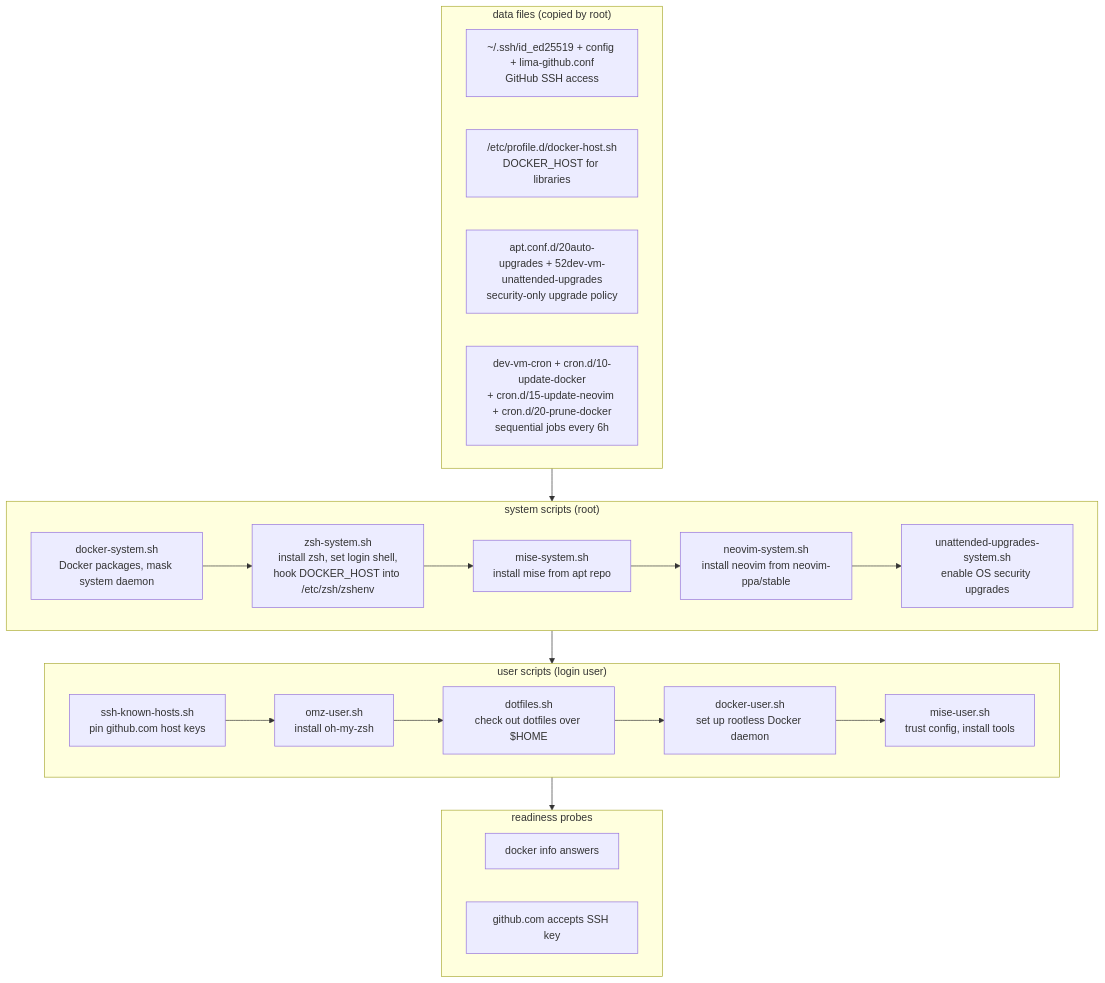
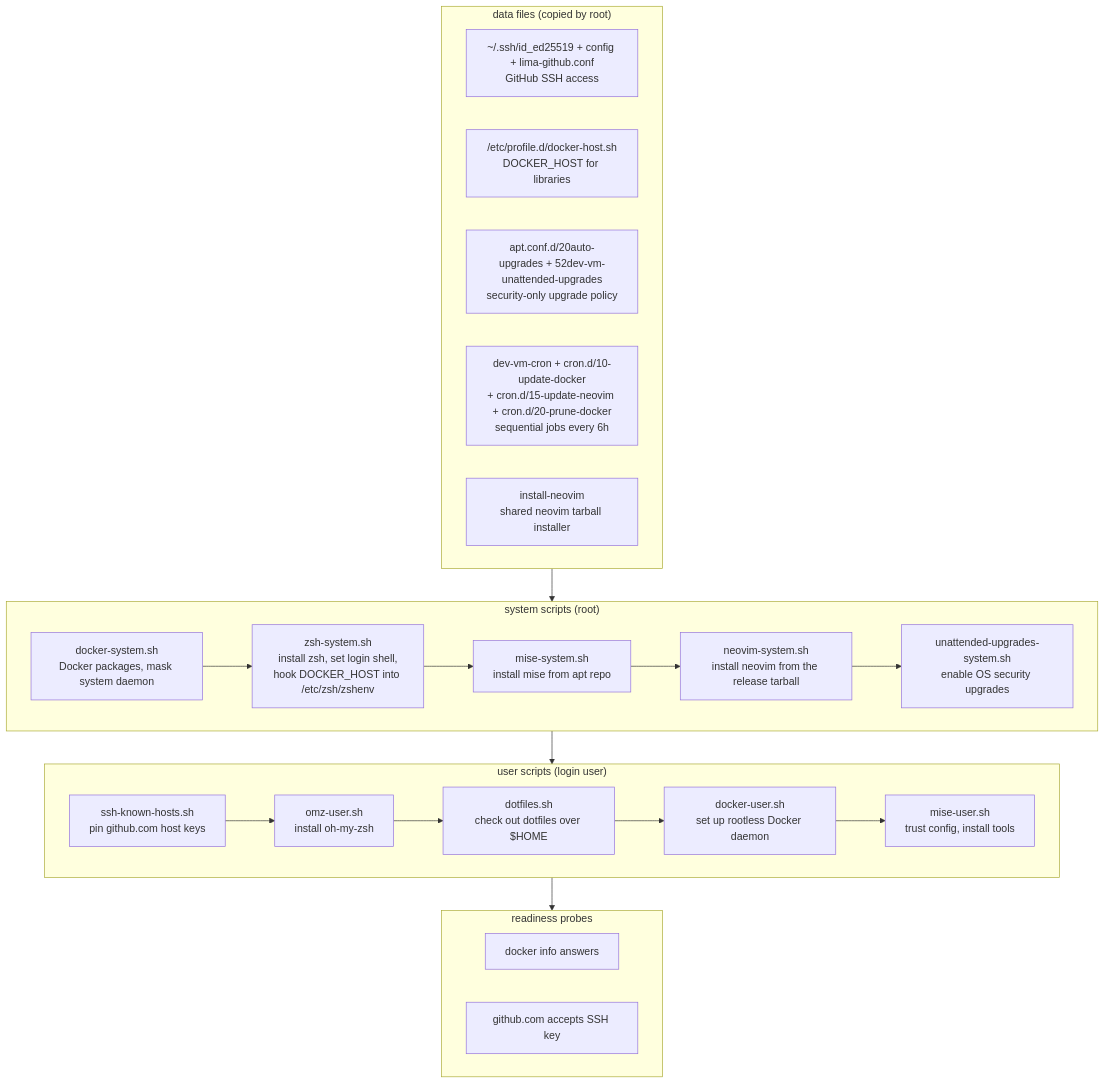
The diagram in README.md (robsonpeixoto/dev-vm), drawn with Mermaid before and after one commit. The commit also changed other lines of this file and 4 other files, not shown here.

First line of the commit message:
fix: install neovim from the official pre-built archives

````diff
--- a/README.md
+++ b/README.md
@@ -415,36 +423,37 @@
 ```mermaid
 flowchart TD
     subgraph data["data files (copied by root)"]
         d1["~/.ssh/id_ed25519 + config + lima-github.conf<br>GitHub SSH access"]
         d2["/etc/profile.d/docker-host.sh<br>DOCKER_HOST for libraries"]
         d3["apt.conf.d/20auto-upgrades + 52dev-vm-unattended-upgrades<br>security-only upgrade policy"]
         d4["dev-vm-cron + cron.d/10-update-docker<br>+ cron.d/15-update-neovim + cron.d/20-prune-docker<br>sequential jobs every 6h"]
+        d5["install-neovim<br>shared neovim tarball installer"]
     end
 
     subgraph system["system scripts (root)"]
         s1["docker-system.sh<br>Docker packages, mask system daemon"]
         s2["zsh-system.sh<br>install zsh, set login shell,<br>hook DOCKER_HOST into /etc/zsh/zshenv"]
         s3["mise-system.sh<br>install mise from apt repo"]
-        s4["neovim-system.sh<br>install neovim from neovim-ppa/stable"]
+        s4["neovim-system.sh<br>install neovim from the release tarball"]
         s5["unattended-upgrades-system.sh<br>enable OS security upgrades"]
     end
 
     subgraph user["user scripts (login user)"]
         u1["ssh-known-hosts.sh<br>pin github.com host keys"]
         u2["omz-user.sh<br>install oh-my-zsh"]
         u3["dotfiles.sh<br>check out dotfiles over $HOME"]
         u4["docker-user.sh<br>set up rootless Docker daemon"]
         u5["mise-user.sh<br>trust config, install tools"]
     end
 
     subgraph probes["readiness probes"]
         p1["docker info answers"]
         p2["github.com accepts SSH key"]
     end
 
     data --> system
     s1 --> s2 --> s3 --> s4 --> s5
     system --> user
     u1 --> u2 --> u3 --> u4 --> u5
     user --> probes
 ```
````
